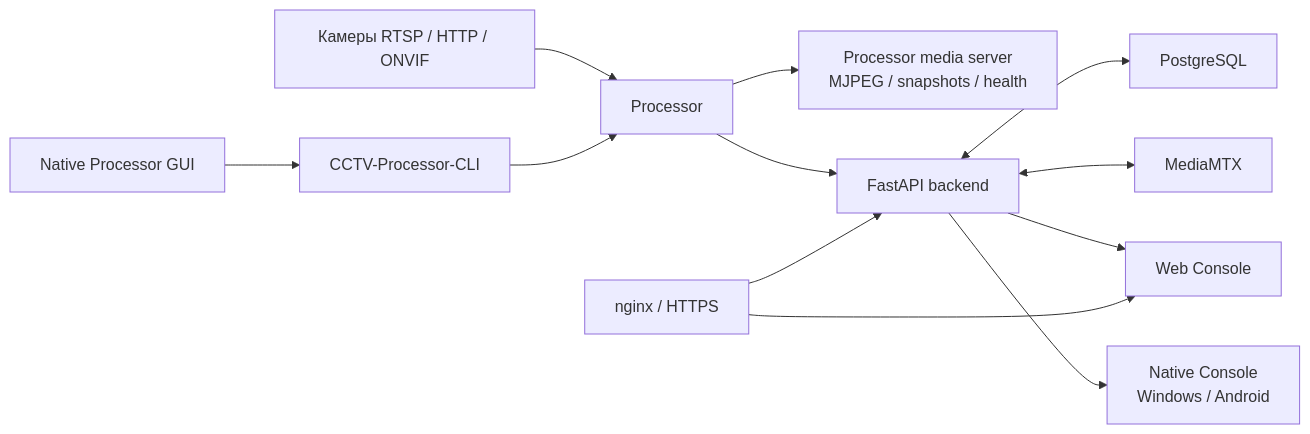
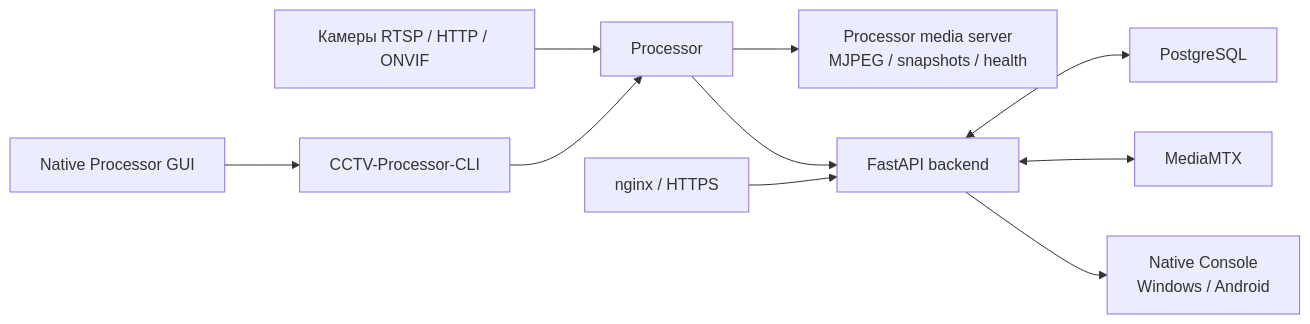
The first of 5 diagrams in README.md (LaNadKo/CCTV), drawn with Mermaid before and after one commit. The commit also changed other lines of this file and 361 other files, not shown here.

````diff
--- a/README.md
+++ b/README.md
@@ -47,14 +45,12 @@
 ```mermaid
 flowchart LR
     Camera["Камеры RTSP / HTTP / ONVIF"] --> Processor["Processor"]
     Processor --> ProcessorMedia["Processor media server<br/>MJPEG / snapshots / health"]
     Processor --> Backend["FastAPI backend"]
     Backend <--> DB["PostgreSQL"]
     Backend <--> MediaMTX["MediaMTX"]
-    Backend --> Web["Web Console"]
     Backend --> NativeConsole["Native Console<br/>Windows / Android"]
     ProcessorGUI["Native Processor GUI"] --> ProcessorCLI["CCTV-Processor-CLI"]
     ProcessorCLI --> Processor
     Nginx["nginx / HTTPS"] --> Backend
-    Nginx --> Web
 ```
````
